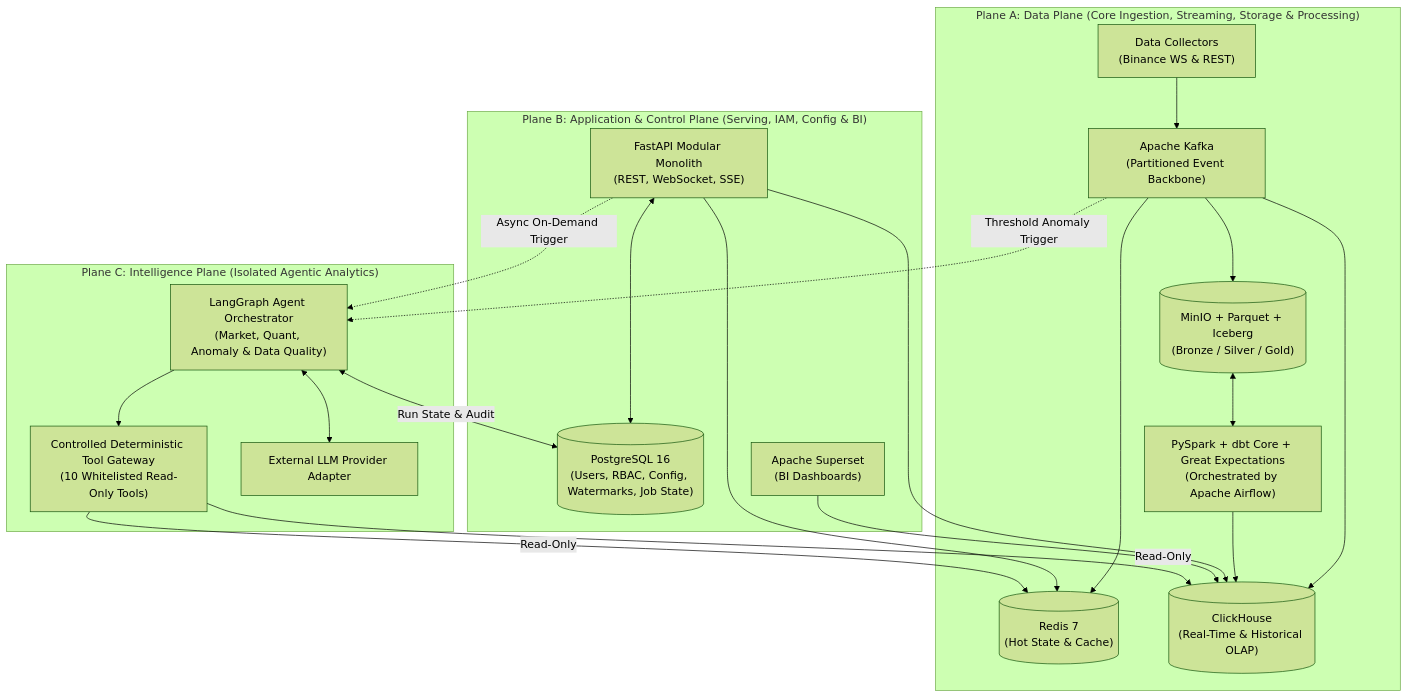
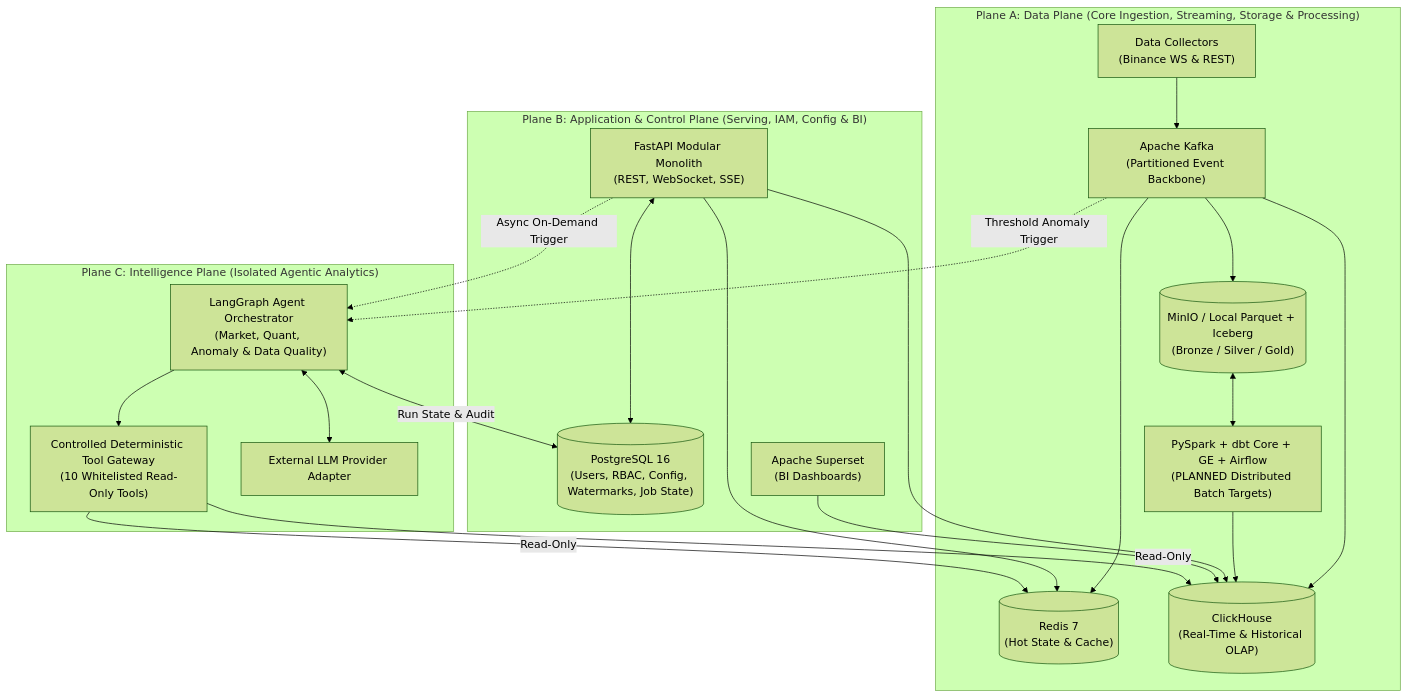
Before and after one commit to DungTran1201/FinancialMarketDataPlatform: the diagram in docs/architecture/00-architecture-overview.md, drawn with Mermaid (forest theme). The commit also changed other lines of this file and 141 other files, not shown here.

Commit message:
docs: add comprehensive architecture documentation, data models, and agent definitions

````diff
--- a/docs/architecture/00-architecture-overview.md
+++ b/docs/architecture/00-architecture-overview.md
@@ -20,40 +20,40 @@
 ```mermaid
 flowchart TB
     subgraph PlaneA["Plane A: Data Plane (Core Ingestion, Streaming, Storage & Processing)"]
         Collectors["Data Collectors<br/>(Binance WS & REST)"]
         Kafka["Apache Kafka<br/>(Partitioned Event Backbone)"]
         HotStore[("Redis 7<br/>(Hot State & Cache)")]
         OLAPStore[("ClickHouse<br/>(Real-Time & Historical OLAP)")]
-        Lakehouse[("MinIO + Parquet + Iceberg<br/>(Bronze / Silver / Gold)")]
-        BatchProc["PySpark + dbt Core + Great Expectations<br/>(Orchestrated by Apache Airflow)"]
+        Lakehouse[("MinIO / Local Parquet + Iceberg<br/>(Bronze / Silver / Gold)")]
+        BatchProc["PySpark + dbt Core + GE + Airflow<br/>(PLANNED Distributed Batch Targets)"]
 
         Collectors --> Kafka
         Kafka --> HotStore & OLAPStore & Lakehouse
         Lakehouse <--> BatchProc
         BatchProc --> OLAPStore
     end
 
     subgraph PlaneB["Plane B: Application & Control Plane (Serving, IAM, Config & BI)"]
         FastAPI["FastAPI Modular Monolith<br/>(REST, WebSocket, SSE)"]
         Postgres[("PostgreSQL 16<br/>(Users, RBAC, Config, Watermarks, Job State)")]
         Superset["Apache Superset<br/>(BI Dashboards)"]
 
         FastAPI <--> Postgres
         FastAPI --> HotStore & OLAPStore
         Superset --> OLAPStore
     end
 
     subgraph PlaneC["Plane C: Intelligence Plane (Isolated Agentic Analytics)"]
         LangGraph["LangGraph Agent Orchestrator<br/>(Market, Quant, Anomaly & Data Quality)"]
         ToolGateway["Controlled Deterministic Tool Gateway<br/>(10 Whitelisted Read-Only Tools)"]
         LLM["External LLM Provider Adapter"]
 
         LangGraph <--> LLM
         LangGraph --> ToolGateway
         ToolGateway -->|"Read-Only"| HotStore & OLAPStore
         LangGraph <-->|"Run State & Audit"| Postgres
     end
 
     Kafka -.->|"Threshold Anomaly Trigger"| LangGraph
     FastAPI -.->|"Async On-Demand Trigger"| LangGraph
 ```
````
